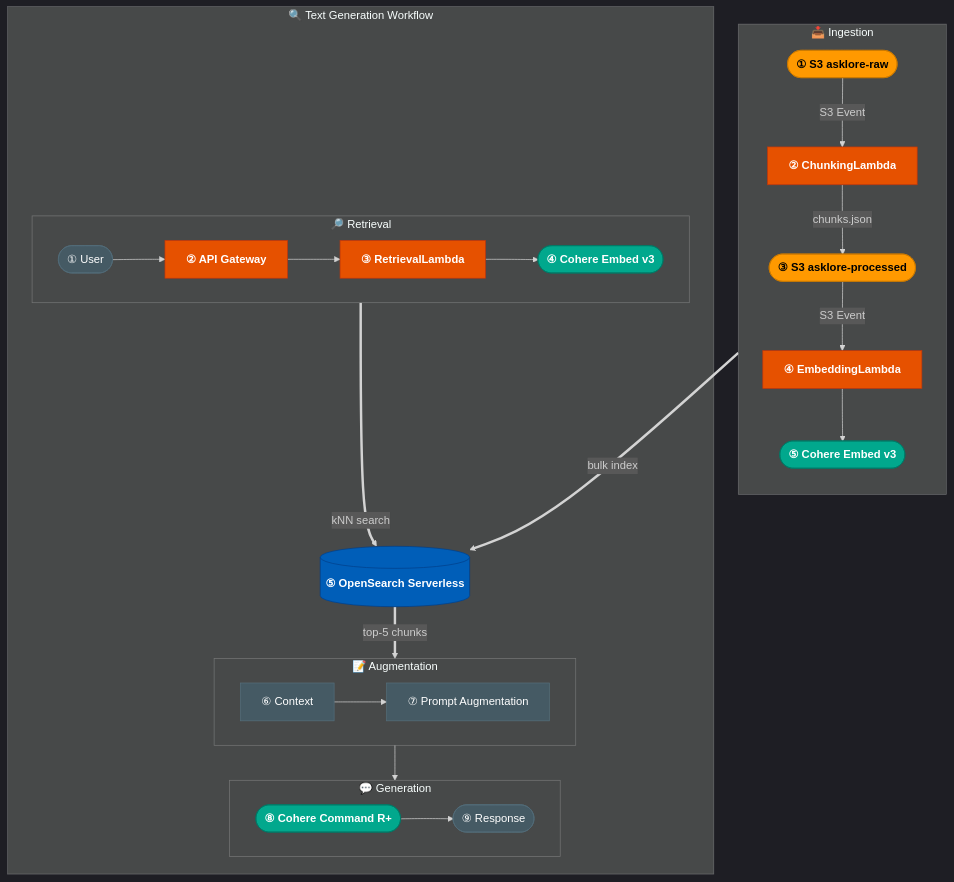
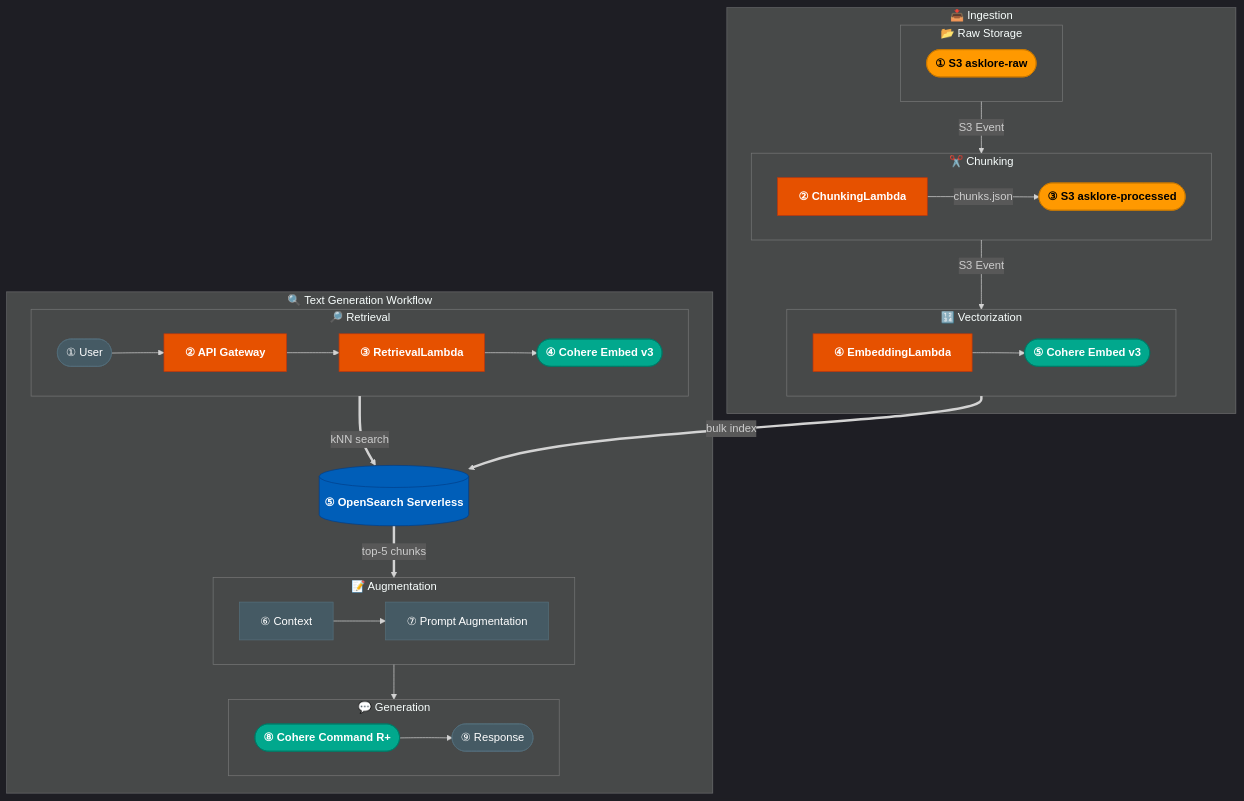
One commit to Sunilrana1978/AskLore changed the diagram in README.md. Above: the diagram before and after it, drawn with Mermaid.

Commit message:
Split Ingestion into 3 sub-phases to match Text Generation block height
QRY has 3 nested subgraphs (RET, AUG, GEN) each adding title-bar padding.
ING now mirrors this with Raw Storage / Chunking / Vectorization sub-panels
so both blocks have the same number of subgraph title bars and equal height.

````diff
--- a/README.md
+++ b/README.md
@@ -9,36 +9,48 @@
 ```mermaid
 %%{init: {'theme': 'dark'}}%%
 flowchart TB
 
     classDef s3      fill:#FF9900,stroke:#cc7a00,color:#000,font-weight:bold
     classDef lambda  fill:#E65100,stroke:#bf360c,color:#fff,font-weight:bold
     classDef bedrock fill:#01A88D,stroke:#007a67,color:#fff,font-weight:bold
     classDef os      fill:#005EB8,stroke:#003f8a,color:#fff,font-weight:bold
     classDef ext     fill:#455A64,stroke:#546E7A,color:#fff
 
     subgraph ING["📥 Ingestion"]
-        direction TB
-        DS(["① S3 asklore-raw"]):::s3 -->|S3 Event| CL["② ChunkingLambda"]:::lambda -->|chunks.json| PROC(["③ S3 asklore-processed"]):::s3 -->|S3 Event| EL["④ EmbeddingLambda"]:::lambda --> CE1(["⑤ Cohere Embed v3"]):::bedrock
+        subgraph STOR["📂 Raw Storage"]
+            direction LR
+            DS(["① S3 asklore-raw"]):::s3
+        end
+        subgraph CHUNK_P["✂️ Chunking"]
+            direction LR
+            CL["② ChunkingLambda"]:::lambda -->|chunks.json| PROC(["③ S3 asklore-processed"]):::s3
+        end
+        subgraph VEC_P["🔢 Vectorization"]
+            direction LR
+            EL["④ EmbeddingLambda"]:::lambda --> CE1(["⑤ Cohere Embed v3"]):::bedrock
+        end
+        DS -->|S3 Event| CL
+        PROC -->|S3 Event| EL
     end
 
     subgraph QRY["🔍 Text Generation Workflow"]
         subgraph RET["🔎 Retrieval"]
             direction LR
             USR(["① User"]):::ext --> GW["② API Gateway"]:::lambda --> RL["③ RetrievalLambda"]:::lambda --> CE2(["④ Cohere Embed v3"]):::bedrock
         end
         VS[("⑤ OpenSearch Serverless")]:::os
         subgraph AUG["📝 Augmentation"]
             direction LR
             CTX["⑥ Context"]:::ext --> PA["⑦ Prompt Augmentation"]:::ext
         end
         subgraph GEN["💬 Generation"]
             direction LR
             LLM(["⑧ Cohere Command R+"]):::bedrock --> RESP(["⑨ Response"]):::ext
         end
         CE2 ==>|kNN search| VS
         VS ==>|top-5 chunks| CTX
         PA --> LLM
     end
 
     CE1 ==>|bulk index| VS
 ```
````
